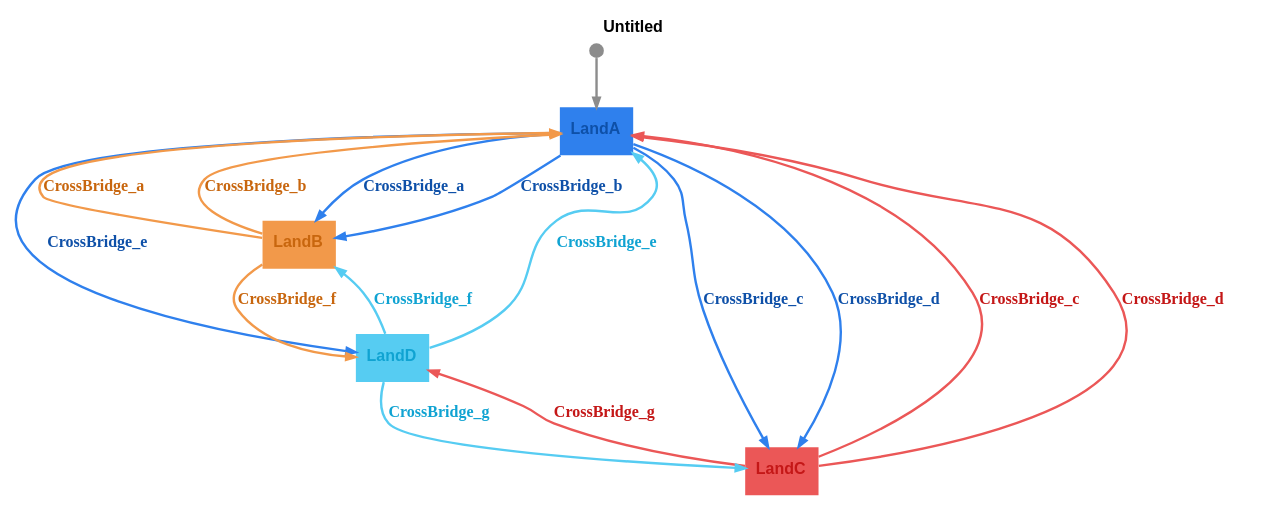
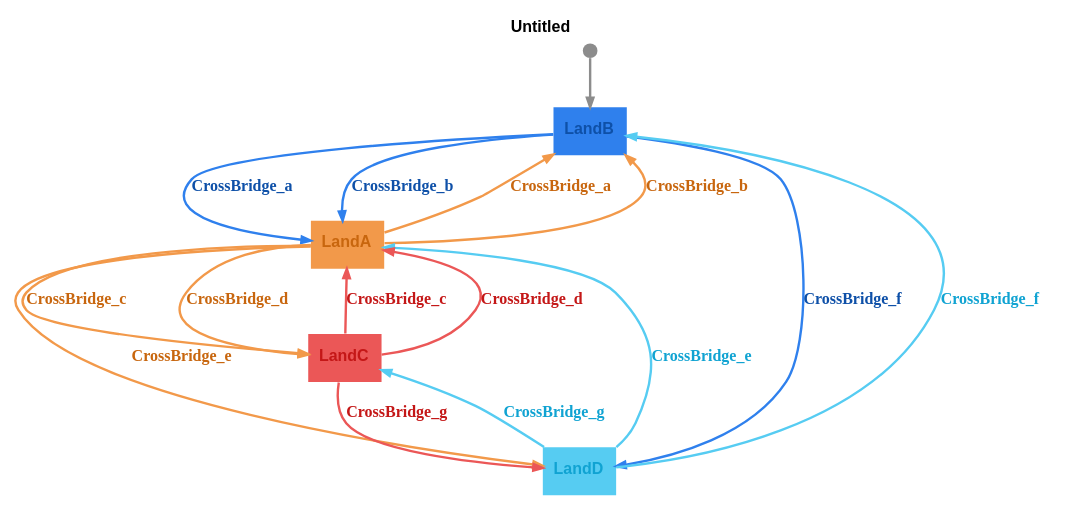
Before and after one commit to m-bock/purescript-transit: the diagram in graphs/bridges-koenigsberg.dot, drawn with Graphviz. The commit also changed 9 other files, not shown here.

Commit message:
Refactor Graphviz

```diff
--- a/graphs/bridges-koenigsberg.dot
+++ b/graphs/bridges-koenigsberg.dot
@@ -1,24 +1,24 @@
 digraph 
 {
 rankdir = "TD";fontname = "Arial";label = <<b>Untitled</b>>;labelloc = "t";fontsize = 12
-LandA [shape = "box", label = <<b>LandA</b>>, fontsize = 12, style = "filled", fillcolor = "#2f80ed", fontcolor = "#0e50a8", fontname = "Arial", labelloc = "c", penwidth = 0.0]
+LandB [shape = "box", label = <<b>LandB</b>>, fontsize = 12, style = "filled", fillcolor = "#2f80ed", fontcolor = "#0e50a8", fontname = "Arial", labelloc = "c", penwidth = 0.0]
 __Start__ [shape = "circle", label = "", width = 0.15, height = 0.15, fixedsize = true, style = "filled", fillcolor = "#8c8c8c", penwidth = 0.0]
-__Start__ -> LandA [color = "#8c8c8c", fontsize = 12, arrowsize = "0.7", penwidth = 1.8]
-LandA -> LandB [color = "#2f80ed", fontcolor = "#0e50a8", fontsize = 12, arrowsize = "0.7", label = <<b>CrossBridge_a</b>>, penwidth = 1.8]
-LandA -> LandB [color = "#2f80ed", fontcolor = "#0e50a8", fontsize = 12, arrowsize = "0.7", label = <<b>CrossBridge_b</b>>, penwidth = 1.8]
-LandA -> LandC [color = "#2f80ed", fontcolor = "#0e50a8", fontsize = 12, arrowsize = "0.7", label = <<b>CrossBridge_c</b>>, penwidth = 1.8]
-LandA -> LandC [color = "#2f80ed", fontcolor = "#0e50a8", fontsize = 12, arrowsize = "0.7", label = <<b>CrossBridge_d</b>>, penwidth = 1.8]
-LandA -> LandD [color = "#2f80ed", fontcolor = "#0e50a8", fontsize = 12, arrowsize = "0.7", label = <<b>CrossBridge_e</b>>, penwidth = 1.8]
-LandB [shape = "box", label = <<b>LandB</b>>, fontsize = 12, style = "filled", fillcolor = "#f2994a", fontcolor = "#c8660e", fontname = "Arial", labelloc = "c", penwidth = 0.0]
-LandB -> LandA [color = "#f2994a", fontcolor = "#c8660e", fontsize = 12, arrowsize = "0.7", label = <<b>CrossBridge_a</b>>, penwidth = 1.8]
-LandB -> LandA [color = "#f2994a", fontcolor = "#c8660e", fontsize = 12, arrowsize = "0.7", label = <<b>CrossBridge_b</b>>, penwidth = 1.8]
-LandB -> LandD [color = "#f2994a", fontcolor = "#c8660e", fontsize = 12, arrowsize = "0.7", label = <<b>CrossBridge_f</b>>, penwidth = 1.8]
+__Start__ -> LandB [color = "#8c8c8c", fontsize = 12, arrowsize = "0.7", penwidth = 1.8]
+LandB -> LandA [color = "#2f80ed", fontcolor = "#0e50a8", fontsize = 12, arrowsize = "0.7", label = <<b>CrossBridge_a</b>>, penwidth = 1.8]
+LandB -> LandA [color = "#2f80ed", fontcolor = "#0e50a8", fontsize = 12, arrowsize = "0.7", label = <<b>CrossBridge_b</b>>, penwidth = 1.8]
+LandB -> LandD [color = "#2f80ed", fontcolor = "#0e50a8", fontsize = 12, arrowsize = "0.7", label = <<b>CrossBridge_f</b>>, penwidth = 1.8]
+LandA [shape = "box", label = <<b>LandA</b>>, fontsize = 12, style = "filled", fillcolor = "#f2994a", fontcolor = "#c8660e", fontname = "Arial", labelloc = "c", penwidth = 0.0]
+LandA -> LandB [color = "#f2994a", fontcolor = "#c8660e", fontsize = 12, arrowsize = "0.7", label = <<b>CrossBridge_a</b>>, penwidth = 1.8]
+LandA -> LandB [color = "#f2994a", fontcolor = "#c8660e", fontsize = 12, arrowsize = "0.7", label = <<b>CrossBridge_b</b>>, penwidth = 1.8]
+LandA -> LandC [color = "#f2994a", fontcolor = "#c8660e", fontsize = 12, arrowsize = "0.7", label = <<b>CrossBridge_c</b>>, penwidth = 1.8]
+LandA -> LandC [color = "#f2994a", fontcolor = "#c8660e", fontsize = 12, arrowsize = "0.7", label = <<b>CrossBridge_d</b>>, penwidth = 1.8]
+LandA -> LandD [color = "#f2994a", fontcolor = "#c8660e", fontsize = 12, arrowsize = "0.7", label = <<b>CrossBridge_e</b>>, penwidth = 1.8]
 LandC [shape = "box", label = <<b>LandC</b>>, fontsize = 12, style = "filled", fillcolor = "#eb5757", fontcolor = "#c41717", fontname = "Arial", labelloc = "c", penwidth = 0.0]
 LandC -> LandA [color = "#eb5757", fontcolor = "#c41717", fontsize = 12, arrowsize = "0.7", label = <<b>CrossBridge_c</b>>, penwidth = 1.8]
 LandC -> LandA [color = "#eb5757", fontcolor = "#c41717", fontsize = 12, arrowsize = "0.7", label = <<b>CrossBridge_d</b>>, penwidth = 1.8]
 LandC -> LandD [color = "#eb5757", fontcolor = "#c41717", fontsize = 12, arrowsize = "0.7", label = <<b>CrossBridge_g</b>>, penwidth = 1.8]
 LandD [shape = "box", label = <<b>LandD</b>>, fontsize = 12, style = "filled", fillcolor = "#56ccf2", fontcolor = "#10a3d2", fontname = "Arial", labelloc = "c", penwidth = 0.0]
 LandD -> LandA [color = "#56ccf2", fontcolor = "#10a3d2", fontsize = 12, arrowsize = "0.7", label = <<b>CrossBridge_e</b>>, penwidth = 1.8]
 LandD -> LandB [color = "#56ccf2", fontcolor = "#10a3d2", fontsize = 12, arrowsize = "0.7", label = <<b>CrossBridge_f</b>>, penwidth = 1.8]
 LandD -> LandC [color = "#56ccf2", fontcolor = "#10a3d2", fontsize = 12, arrowsize = "0.7", label = <<b>CrossBridge_g</b>>, penwidth = 1.8]
 }
```
